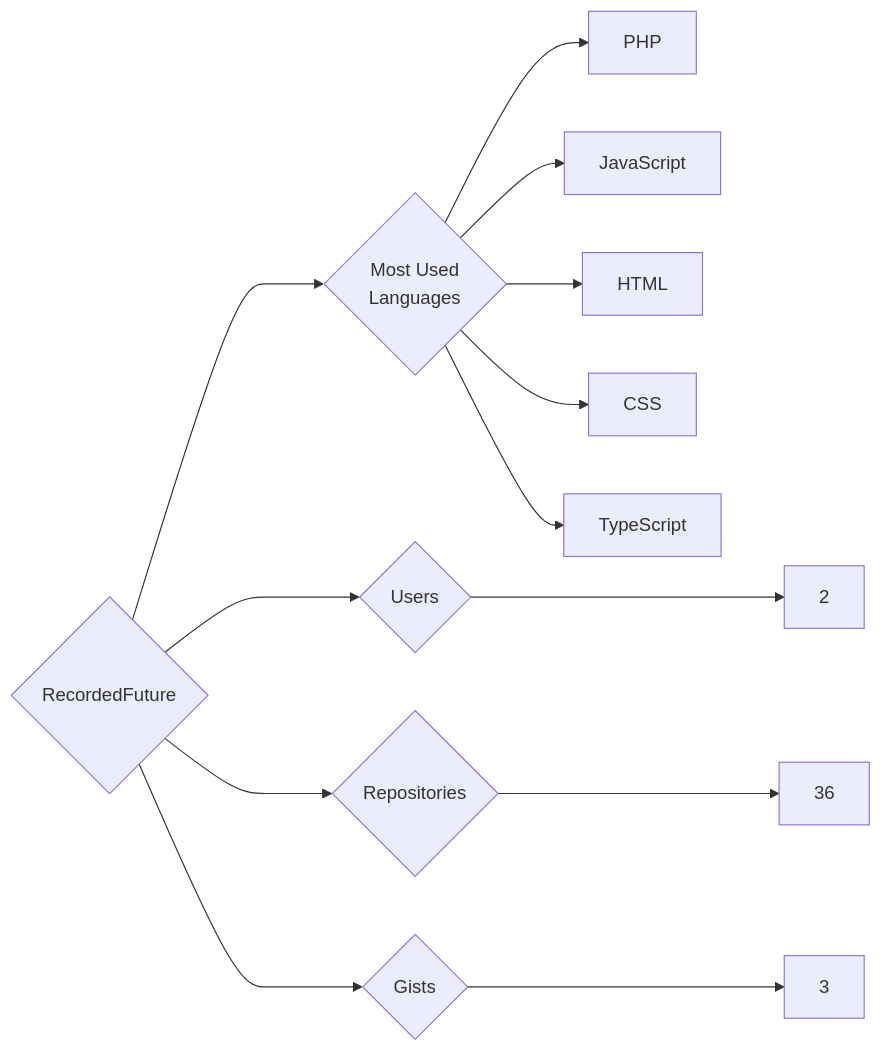
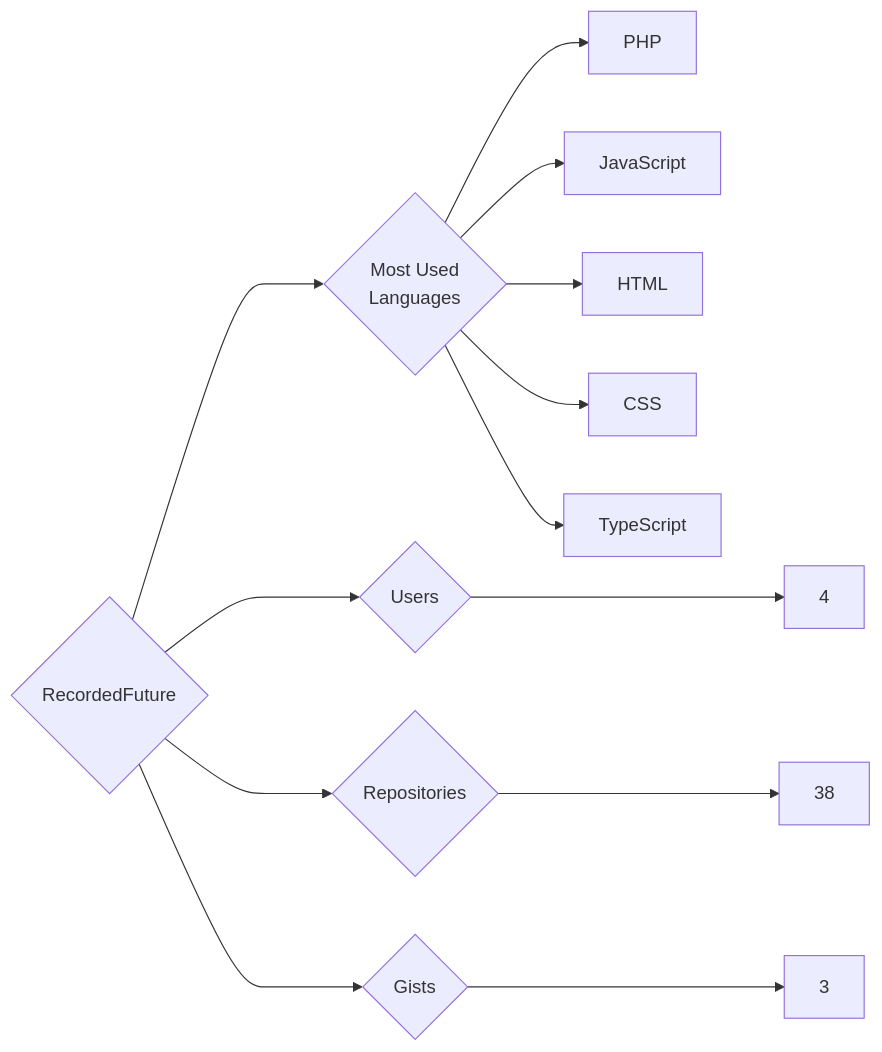
One commit to trickest/insiders changed the diagram in targets/RecordedFuture/README.md. Above: the diagram before and after it, drawn with Mermaid. The commit also changed 1389 other files, not shown here.

````diff
--- a/targets/RecordedFuture/README.md
+++ b/targets/RecordedFuture/README.md
@@ -3,13 +3,13 @@
 ```mermaid
 graph LR
 COMPANY_NAME{RecordedFuture}
-COMPANY_NAME ---> U{Users} ---> UN[2]
-COMPANY_NAME ---> R{Repositories} ---> RN[36]
+COMPANY_NAME ---> U{Users} ---> UN[4]
+COMPANY_NAME ---> R{Repositories} ---> RN[38]
 COMPANY_NAME ---> G{Gists} ---> GN[3]
 COMPANY_NAME ---> ML{Most Used<br>Languages}
 ML --> PHP[PHP]
 ML --> JavaScript[JavaScript]
 ML --> HTML[HTML]
 ML --> CSS[CSS]
 ML --> TypeScript[TypeScript]
 ```
````
